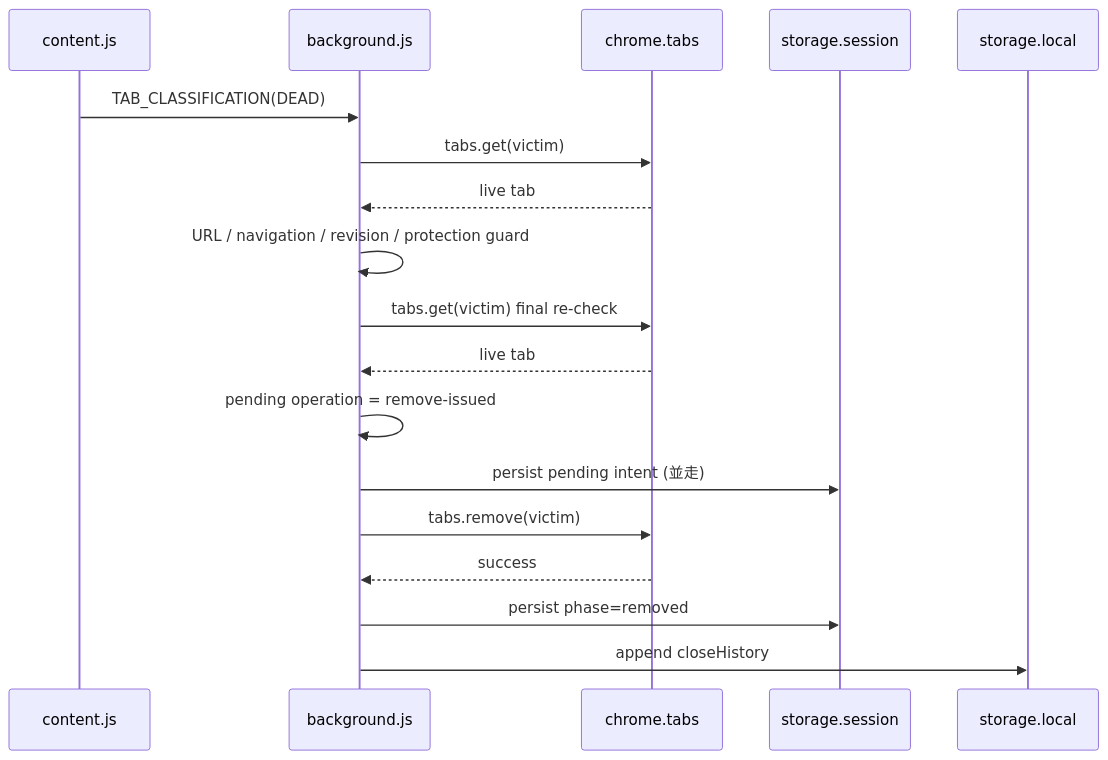
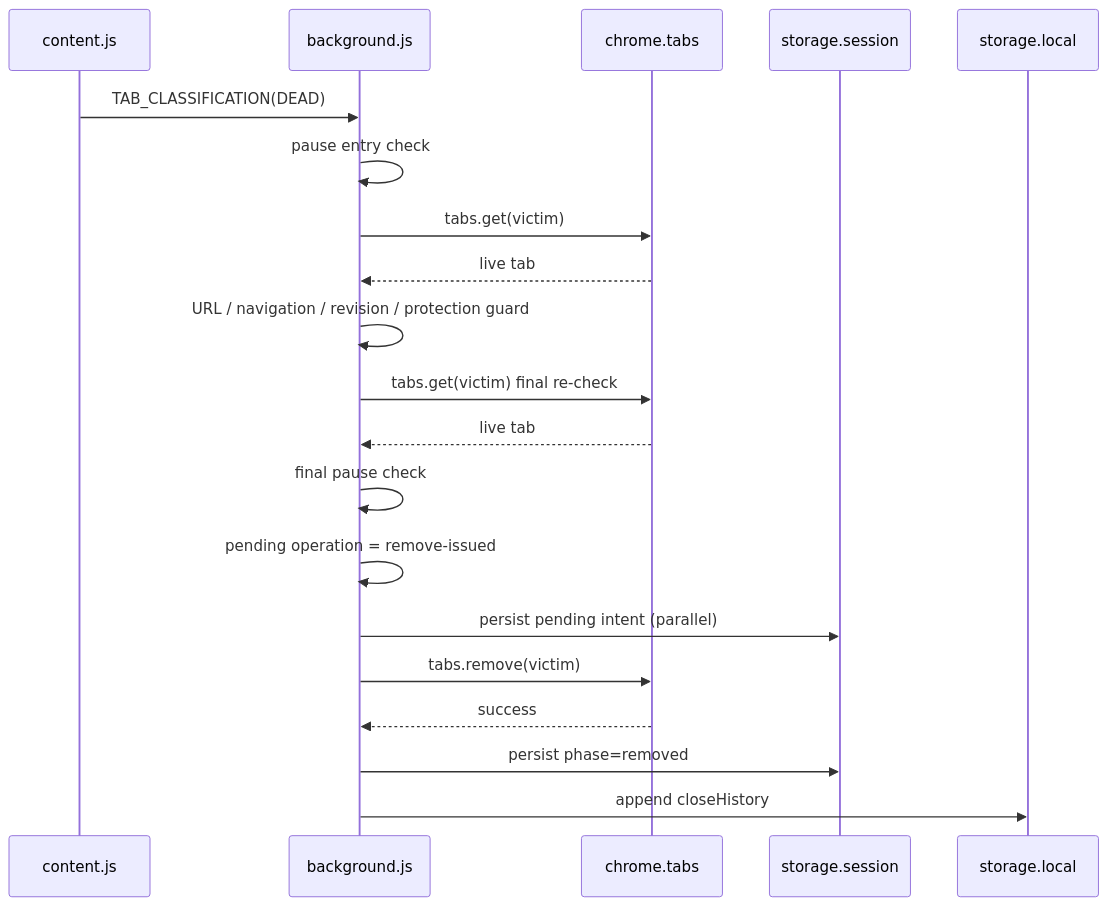
The third of 5 diagrams in docs/ARCHITECTURE.md (Hoyomaru/gofile-tab-manager), drawn with Mermaid before and after one commit. The commit also changed other lines of this file and 8 other files, not shown here.

````diff
--- a/docs/ARCHITECTURE.md
+++ b/docs/ARCHITECTURE.md
@@ -191,21 +273,23 @@
 ```mermaid
 sequenceDiagram
     participant C as content.js
     participant B as background.js
     participant T as chrome.tabs
     participant S as storage.session
     participant L as storage.local
 
     C->>B: TAB_CLASSIFICATION(DEAD)
+    B->>B: pause entry check
     B->>T: tabs.get(victim)
     T-->>B: live tab
     B->>B: URL / navigation / revision / protection guard
     B->>T: tabs.get(victim) final re-check
     T-->>B: live tab
+    B->>B: final pause check
     B->>B: pending operation = remove-issued
-    B->>S: persist pending intent (並走)
+    B->>S: persist pending intent (parallel)
     B->>T: tabs.remove(victim)
     T-->>B: success
     B->>S: persist phase=removed
     B->>L: append closeHistory
 ```
````
